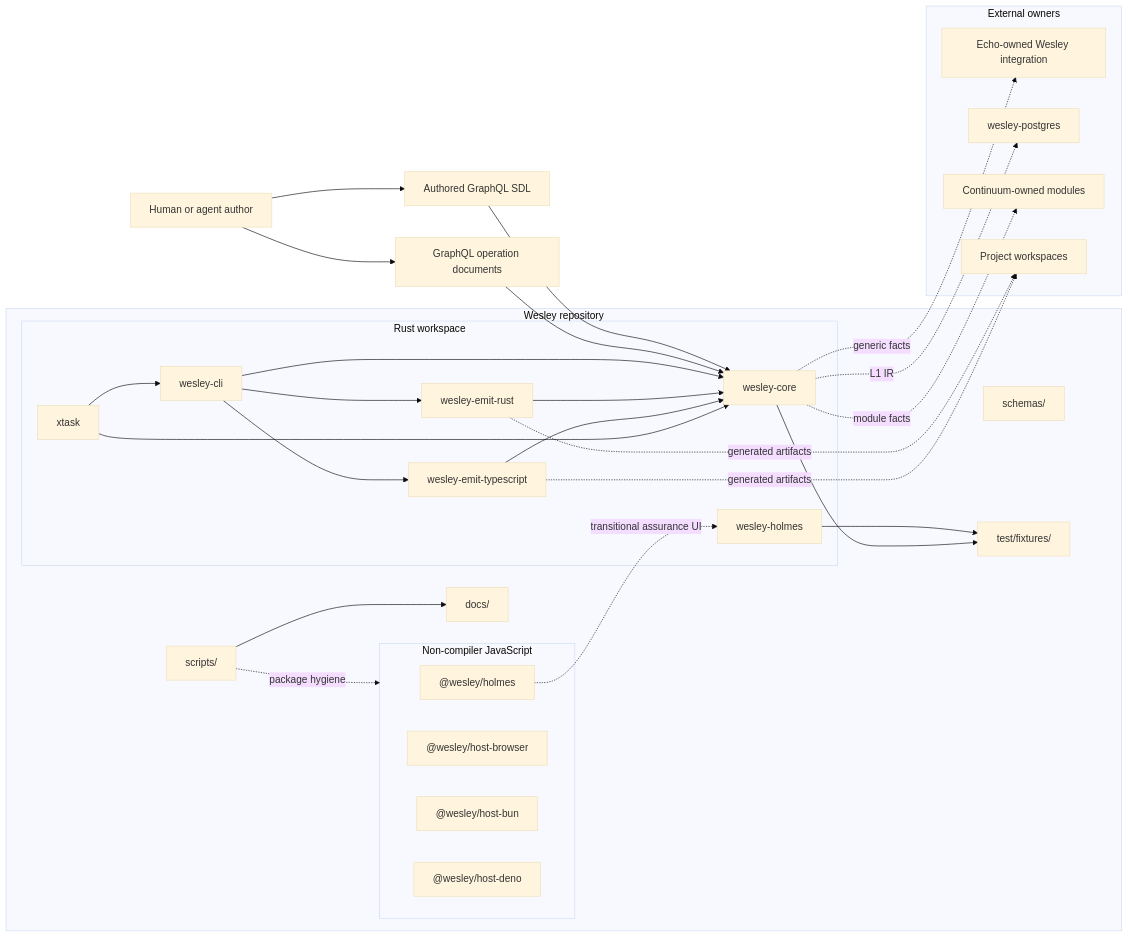
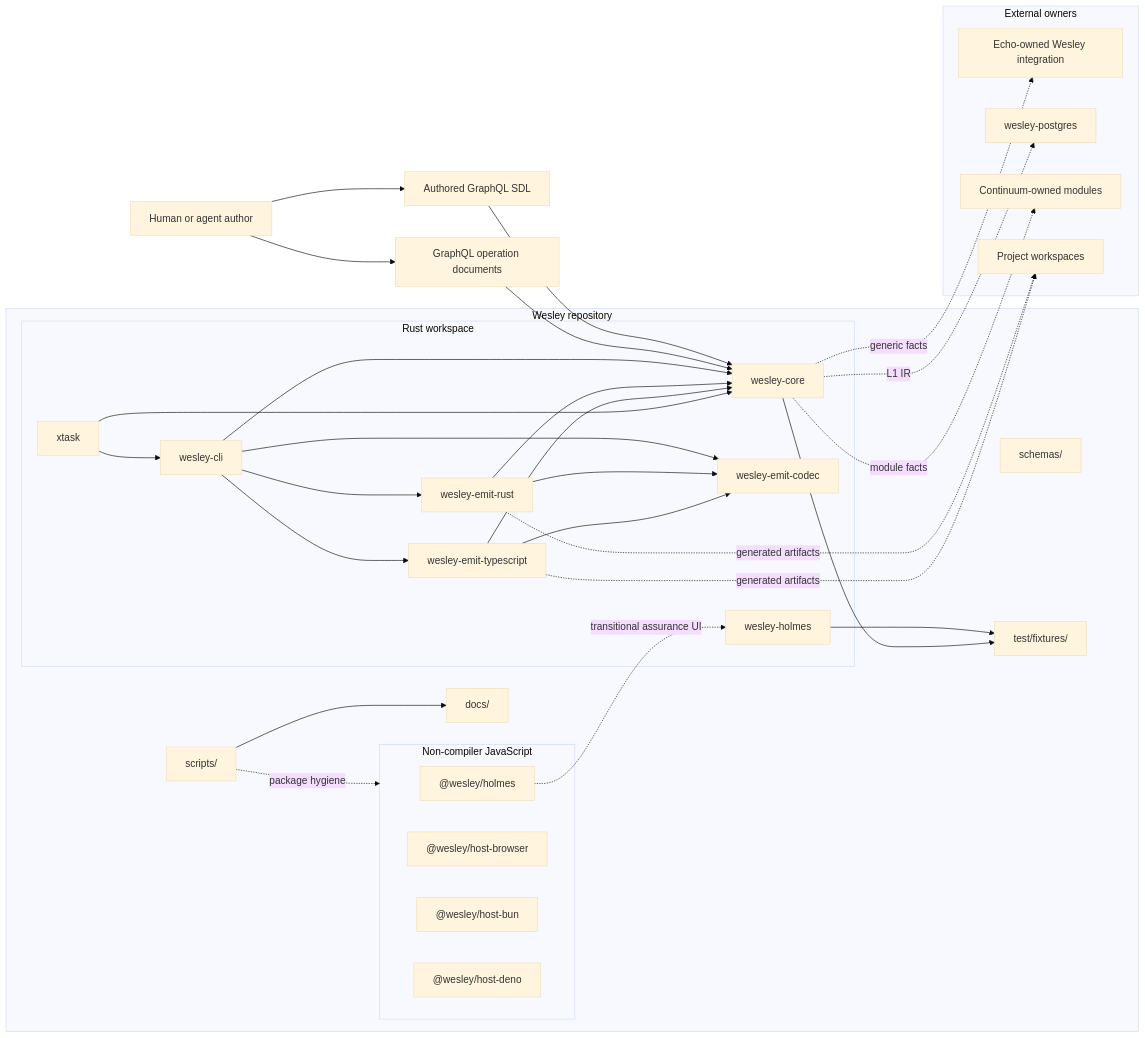
The first of 9 diagrams in docs/ARCHITECTURE.md (flyingrobots/wesley), drawn with Mermaid (base theme) before and after one commit. The commit also changed other lines of this file and 13 other files, not shown here.

````diff
--- a/docs/ARCHITECTURE.md
+++ b/docs/ARCHITECTURE.md
@@ -53,57 +54,61 @@
 ```mermaid
 flowchart LR
     Author[Human or agent author] --> SDL[Authored GraphQL SDL]
     Author --> OP[GraphQL operation documents]
 
     subgraph WesleyRepo["Wesley repository"]
         subgraph Rust["Rust workspace"]
             Core[wesley-core]
+            CodecPlan[wesley-emit-codec]
             RustEmitter[wesley-emit-rust]
             TsEmitter[wesley-emit-typescript]
             RustHolmes[wesley-holmes]
             NativeCli[wesley-cli]
             Xtask[xtask]
         end
 
         subgraph JS["Non-compiler JavaScript"]
             Holmes["@wesley/holmes"]
             Browser["@wesley/host-browser"]
             Bun["@wesley/host-bun"]
             Deno["@wesley/host-deno"]
         end
 
         Docs[docs/]
         Schemas[schemas/]
         Fixtures[test/fixtures/]
         Scripts[scripts/]
     end
 
     subgraph External["External owners"]
         Echo[Echo-owned Wesley integration]
         Postgres[wesley-postgres]
         Continuum[Continuum-owned modules]
         Apps[Project workspaces]
     end
 
     SDL --> Core
     OP --> Core
     NativeCli --> Core
+    NativeCli --> CodecPlan
     NativeCli --> RustEmitter
     NativeCli --> TsEmitter
     RustEmitter --> Core
+    RustEmitter --> CodecPlan
     TsEmitter --> Core
+    TsEmitter --> CodecPlan
     RustHolmes --> Fixtures
     Xtask --> NativeCli
     Xtask --> Core
 
     Core --> Fixtures
     Holmes -. transitional assurance UI .-> RustHolmes
     Scripts --> Docs
     Scripts -. package hygiene .-> JS
 
     Core -. generic facts .-> Echo
     Core -. L1 IR .-> Postgres
     Core -. module facts .-> Continuum
     RustEmitter -. generated artifacts .-> Apps
     TsEmitter -. generated artifacts .-> Apps
 ```
````
